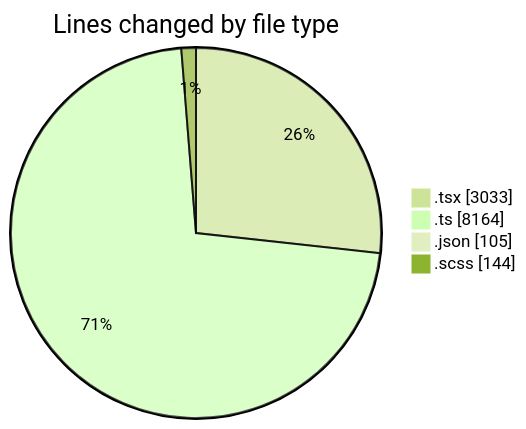
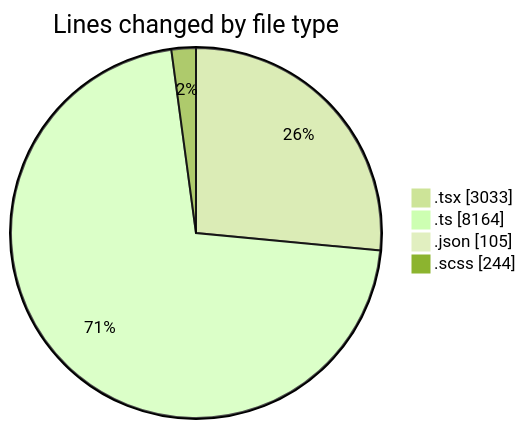
One commit to momahboobian/code-tracking changed the first of 2 diagrams in 2025-07-09/cda/README.md. Above: the diagram before and after it, drawn with Mermaid (forest theme). The commit also changed other lines of this file and 1 other file, not shown here.

````diff
--- a/2025-07-09/cda/README.md
+++ b/2025-07-09/cda/README.md
@@ -36,8 +37,8 @@
 ```mermaid
 pie showData
 title Lines changed by file type
 ".tsx" : 3033
 ".ts" : 8164
 ".json" : 105
-".scss" : 144
+".scss" : 244
 ```
````
